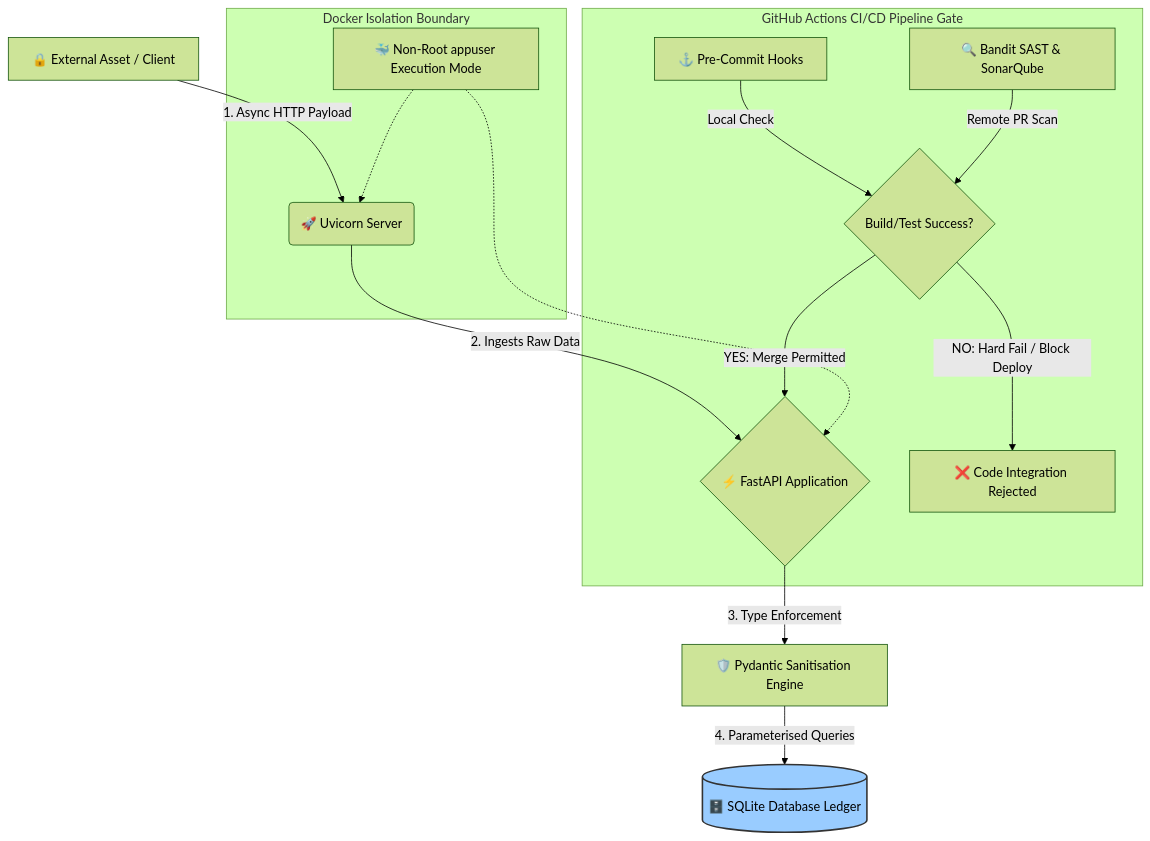
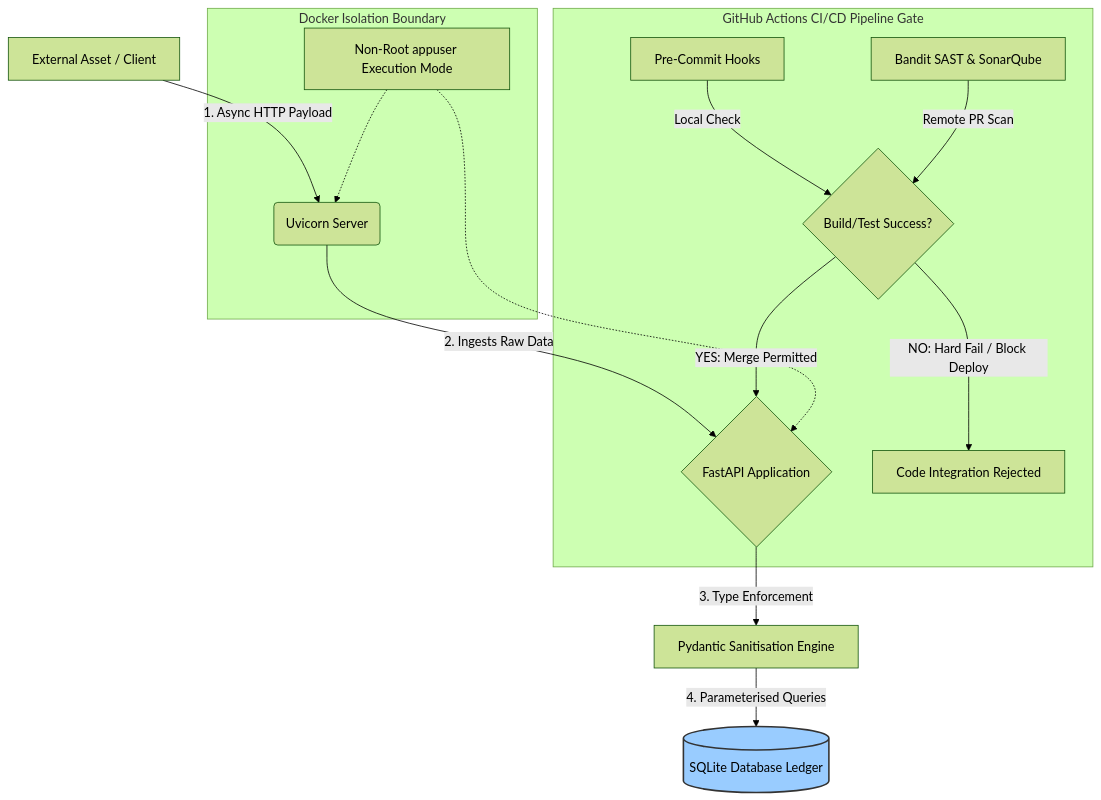
The diagram in README.md (obbycodes/sentinel-vault-backend), drawn with Mermaid (forest theme) before and after one commit. The commit also changed other lines of this file, not shown here.

Commit message:
docs: Cleaned up README document to remove unecessary information

````diff
--- a/README.md
+++ b/README.md
@@ -17,24 +17,24 @@
 ```mermaid
 graph TD
     %% Runtime Data Flow (The Real-Time Telemetry Route)
-    A[🔒 External Asset / Client] -->|1. Async HTTP Payload| B(🚀 Uvicorn Server)
-    B -->|2. Ingests Raw Data| C{⚡ FastAPI Application}
-    C -->|3. Type Enforcement| D[🛡️ Pydantic Sanitisation Engine]
-    D -->|4. Parameterised Queries| E[(🗄️ SQLite Database Ledger)]
+    A[External Asset / Client] -->|1. Async HTTP Payload| B(Uvicorn Server)
+    B -->|2. Ingests Raw Data| C{FastAPI Application}
+    C -->|3. Type Enforcement| D[Pydantic Sanitisation Engine]
+    D -->|4. Parameterised Queries| E[(SQLite Database Ledger)]
 
     %% DevSecOps & Governance Perimeter (The Static Gating Route)
     subgraph GitHub Actions CI/CD Pipeline Gate
-        F[⚓ Pre-Commit Hooks] -->|Local Check| H{Build/Test Success?}
-        G[🔍 Bandit SAST & SonarQube] -->|Remote PR Scan| H
+        F[Pre-Commit Hooks] -->|Local Check| H{Build/Test Success?}
+        G[Bandit SAST & SonarQube] -->|Remote PR Scan| H
         H -->|YES: Merge Permitted| C
-        H -->|NO: Hard Fail / Block Deploy| X[❌ Code Integration Rejected]
+        H -->|NO: Hard Fail / Block Deploy| X[Code Integration Rejected]
     end
 
     %% Infrastructure Boundary
     subgraph Docker Isolation Boundary
-        I[🐳 Non-Root appuser Execution Mode] -.-> B
+        I[Non-Root appuser Execution Mode] -.-> B
         I -.-> C
     end
 
     style E fill:#9cf,stroke:#333,stroke-width:2px
 ```
````
